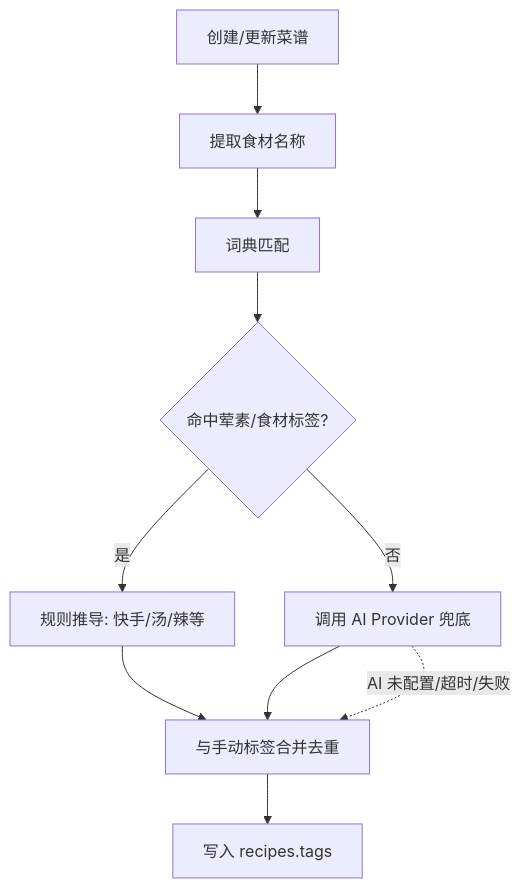
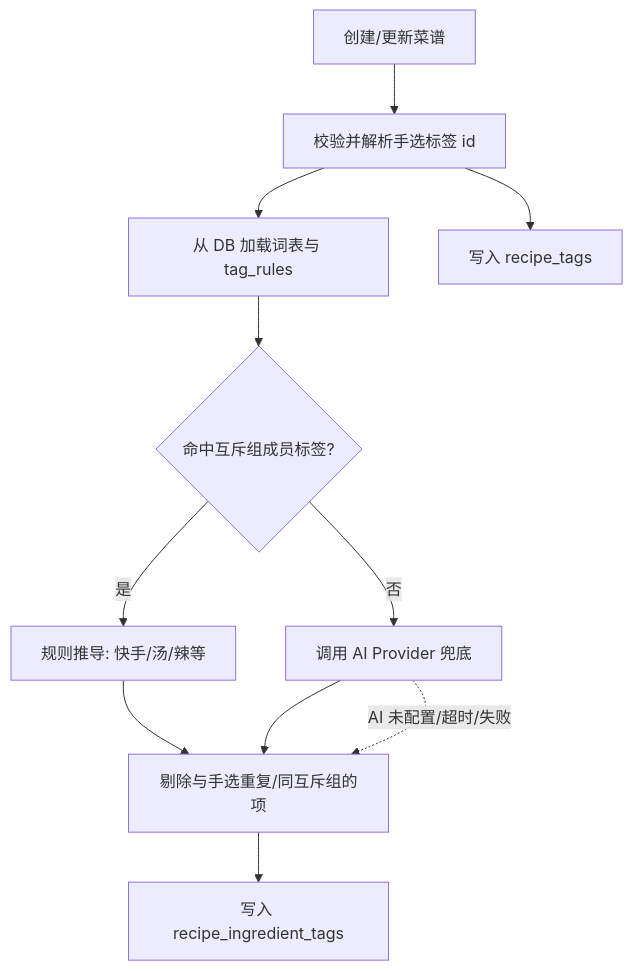
One commit to blue-cloud-net/food-log changed the fourth of 6 diagrams in docs/architecture.md. Above: the diagram before and after it, drawn with Mermaid. The commit also changed other lines of this file and 3 other files, not shown here.

````diff
--- a/docs/architecture.md
+++ b/docs/architecture.md
@@ -167,12 +167,13 @@
 ```mermaid
 graph TD
-    A[创建/更新菜谱] --> B[提取食材名称]
-    B --> C[词典匹配]
-    C --> D{命中荤素/食材标签?}
+    A[创建/更新菜谱] --> B[校验并解析手选标签 id]
+    B --> C[从 DB 加载词表与 tag_rules]
+    C --> D{命中互斥组成员标签?}
     D -->|是| E[规则推导: 快手/汤/辣等]
     D -->|否| F[调用 AI Provider 兜底]
-    E --> G[与手动标签合并去重]
+    E --> G[剔除与手选重复/同互斥组的项]
     F --> G
-    G --> H[写入 recipes.tags]
+    G --> H[写入 recipe_ingredient_tags]
+    B --> I[写入 recipe_tags]
     F -.AI 未配置/超时/失败.-> G
 ```
````
